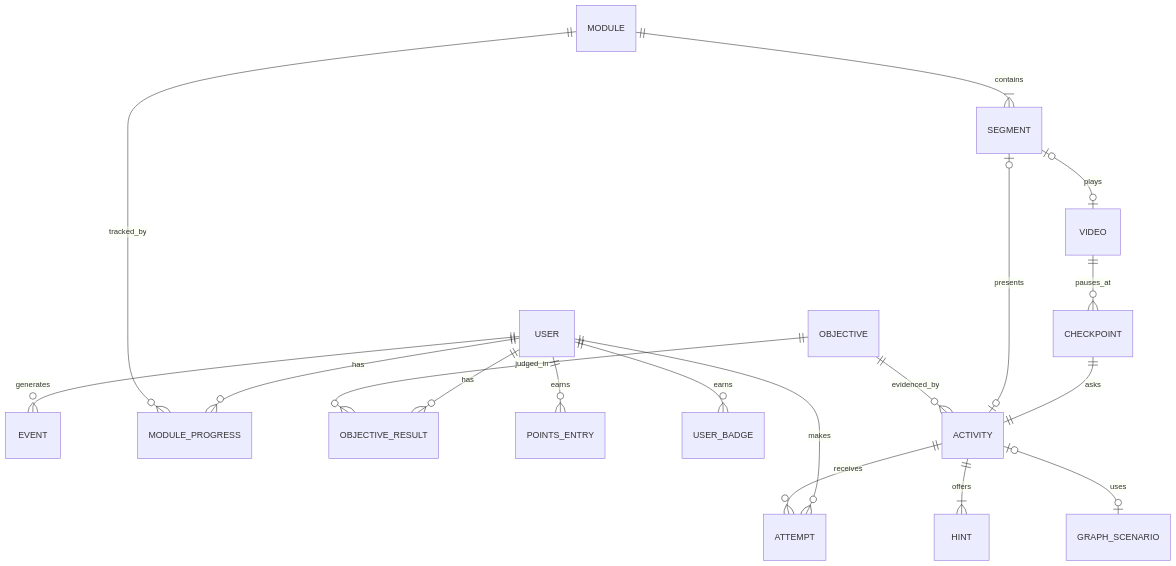
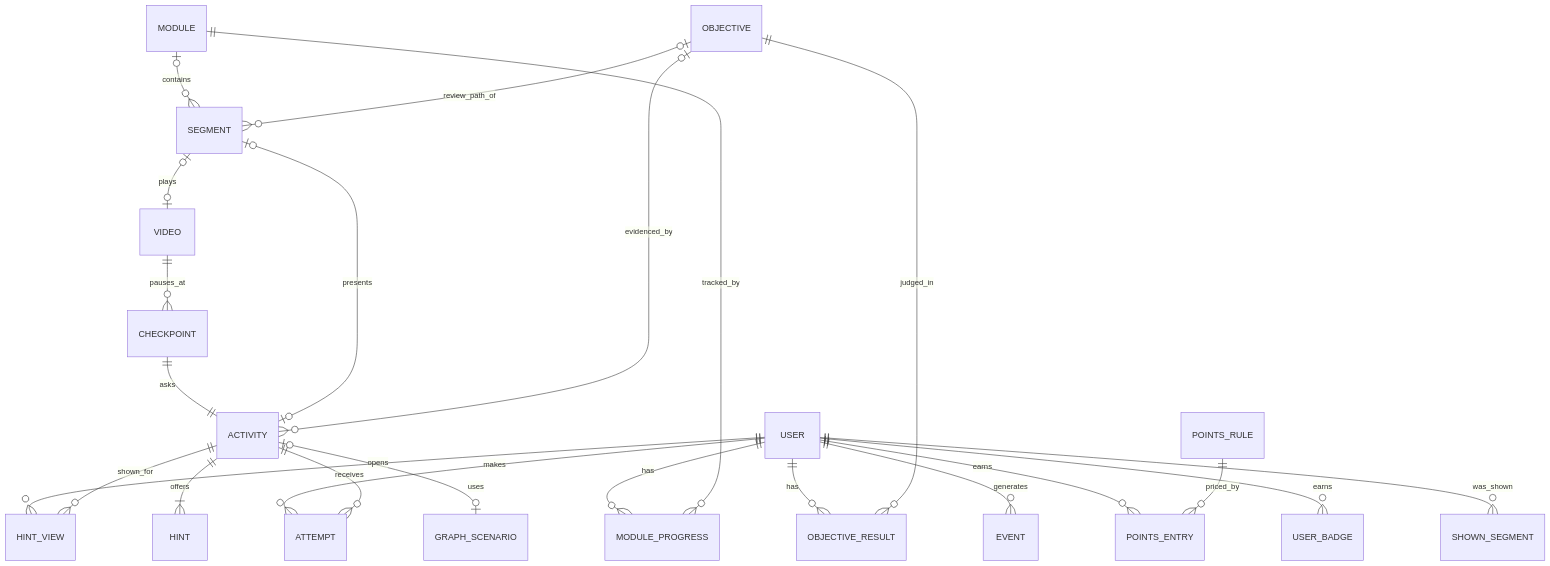
One commit to ctrl-group-cos750/cos750-project changed the fourth of 4 diagrams in docs/se/se-document.md. Above: the diagram before and after it, drawn with Mermaid. The commit also changed other lines of this file and 1 other file, not shown here.

````diff
--- a/docs/se/se-document.md
+++ b/docs/se/se-document.md
@@ -515,20 +515,25 @@
 ```mermaid
 erDiagram
     USER ||--o{ ATTEMPT : makes
     USER ||--o{ EVENT : generates
     USER ||--o{ MODULE_PROGRESS : has
     USER ||--o{ OBJECTIVE_RESULT : has
     USER ||--o{ POINTS_ENTRY : earns
     USER ||--o{ USER_BADGE : earns
-    MODULE ||--|{ SEGMENT : contains
+    MODULE |o--o{ SEGMENT : contains
+    OBJECTIVE |o--o{ SEGMENT : review_path_of
+    USER ||--o{ HINT_VIEW : opens
+    ACTIVITY ||--o{ HINT_VIEW : shown_for
+    USER ||--o{ SHOWN_SEGMENT : was_shown
+    POINTS_RULE ||--o{ POINTS_ENTRY : priced_by
     MODULE ||--o{ MODULE_PROGRESS : tracked_by
     SEGMENT |o--o| VIDEO : plays
     VIDEO ||--o{ CHECKPOINT : pauses_at
     CHECKPOINT ||--|| ACTIVITY : asks
     SEGMENT |o--o| ACTIVITY : presents
-    OBJECTIVE ||--o{ ACTIVITY : evidenced_by
+    OBJECTIVE |o--o{ ACTIVITY : evidenced_by
     OBJECTIVE ||--o{ OBJECTIVE_RESULT : judged_in
     ACTIVITY ||--|{ HINT : offers
     ACTIVITY ||--o{ ATTEMPT : receives
     ACTIVITY |o--o| GRAPH_SCENARIO : uses
 ```
````
